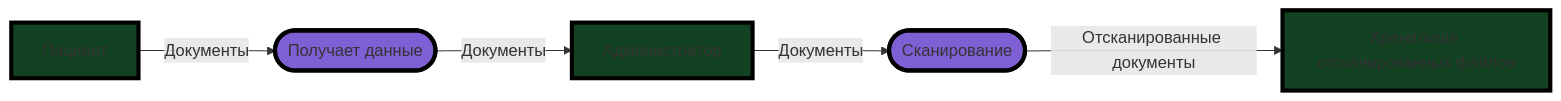
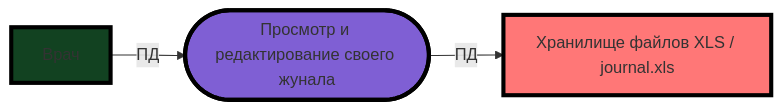
The second of 9 diagrams in Task_1/Readme.md (belyaev-a-g/architecture-medikamente), drawn with Mermaid before and after one commit. The commit also changed other lines of this file, not shown here.

````diff
--- a/Task_1/Readme.md
+++ b/Task_1/Readme.md
@@ -52,11 +53,11 @@
 ```mermaid
 flowchart LR
     classDef action fill:#7F5FD4, stroke:#000, stroke-width:4px
     classDef entity fill:#124221, stroke:#000, stroke-width:4px
-    pacient[Пациент]:::entity
-    admin[Администратор]:::entity    
-    scan([Сканирование]):::action
-    get([Получает данные]):::action
-    file_share[Хранилище отсканированных файлов]:::entity
-    pacient--"Документы"--> get--"Документы"--> admin --"Документы"--> scan--"Отсканированные документы"-->file_share
+    classDef share fill:#FF7777 , stroke:#000, stroke-width:4px
+    
+    xls_share[Хранилище файлов XLS / journal.xls]:::share
+    edit([Просмотр и редактирование своего жунала]):::action
+    doctor[Врач]:::entity    
+    doctor--"ПД"--> edit--"ПД"--> xls_share
 ```
````
